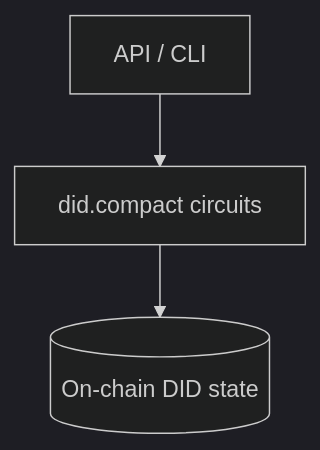
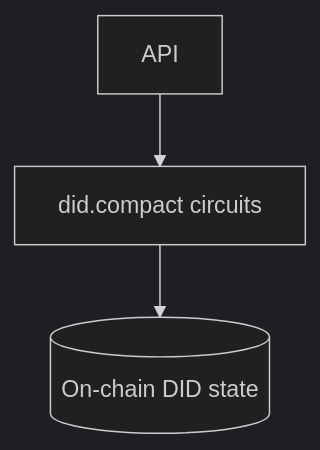
One commit to midnightntwrk/midnight-did changed the first of 3 diagrams in contract/README.md. Above: the diagram before and after it, drawn with Mermaid (dark theme). The commit also changed 66 other files, not shown here.

````diff
--- a/contract/README.md
+++ b/contract/README.md
@@ -14,9 +14,9 @@
 ```mermaid
 graph TD
-  API[API / CLI]
+  API[API]
   Contract[did.compact circuits]
   Ledger[(On-chain DID state)]
 
   API --> Contract
   Contract --> Ledger
 ```
````
